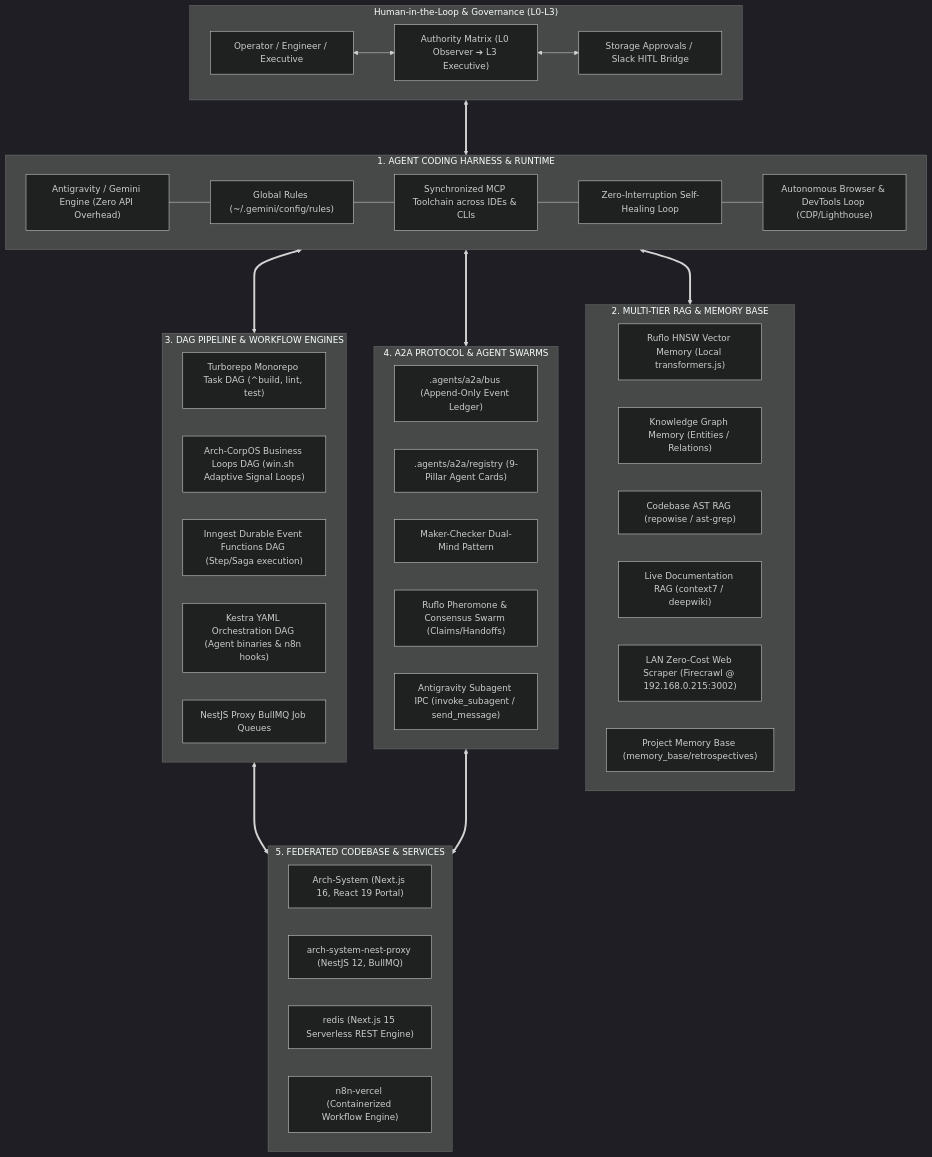
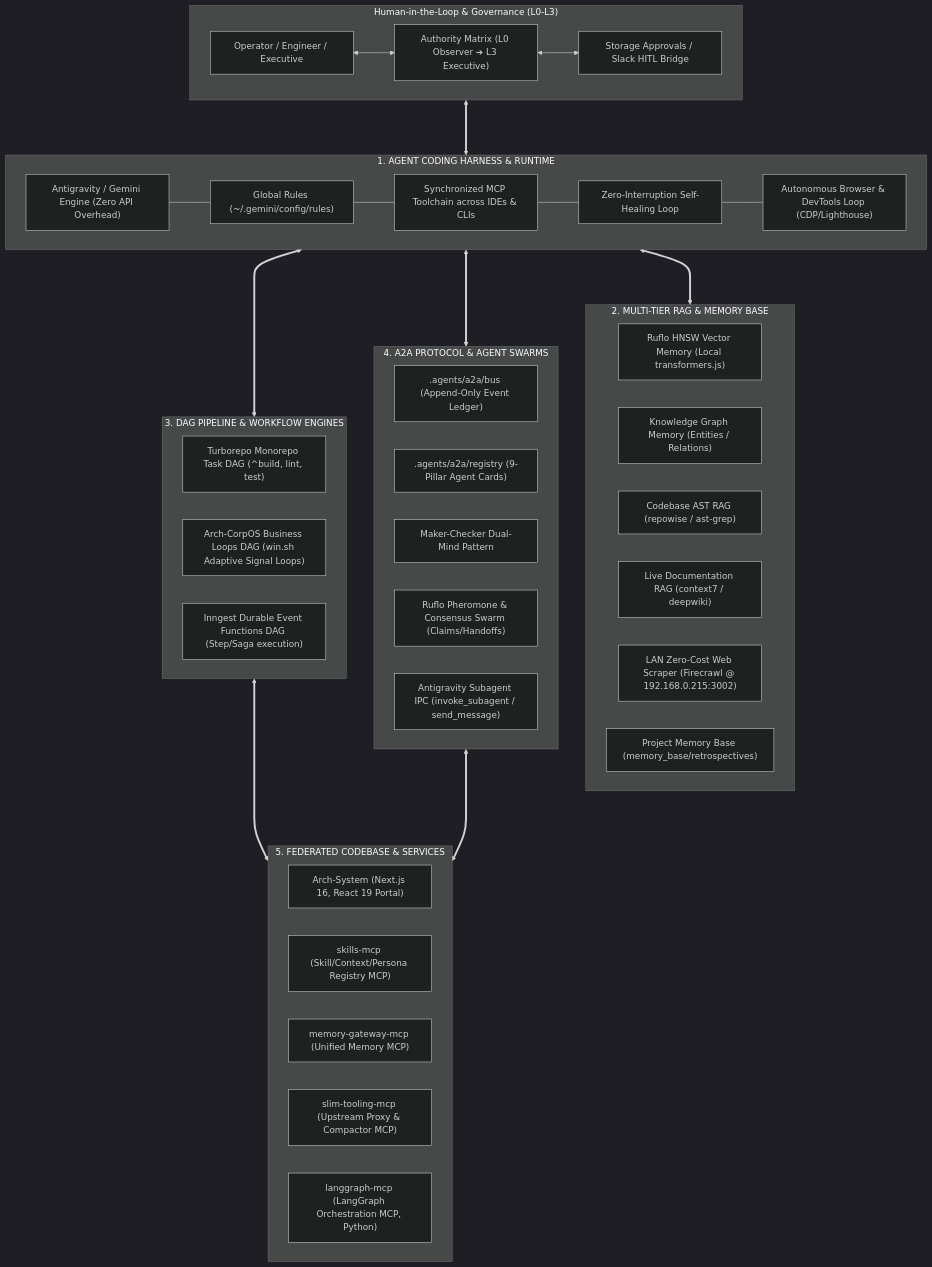
Before and after one commit to Timothy191/Arch-System: the first of 3 diagrams in .agents/SYSTEMS.md, drawn with Mermaid (dark theme). The commit also changed other lines of this file and 27 other files, not shown here.

````diff
--- a/.agents/SYSTEMS.md
+++ b/.agents/SYSTEMS.md
@@ -14,57 +14,56 @@
 ```mermaid
 flowchart TD
     subgraph HumanLayer ["Human-in-the-Loop & Governance (L0-L3)"]
         User["Operator / Engineer / Executive"]
         AuthGate["Authority Matrix (L0 Observer ➔ L3 Executive)"]
         ApprovalQueue["Storage Approvals / Slack HITL Bridge"]
         User <--> AuthGate <--> ApprovalQueue
     end
 
     subgraph AgentHarness ["1. AGENT CODING HARNESS & RUNTIME"]
         Engine["Antigravity / Gemini Engine (Zero API Overhead)"]
         Directives["Global Rules (~/.gemini/config/rules)"]
         SyncMCP["Synchronized MCP Toolchain across IDEs & CLIs"]
         SelfHealing["Zero-Interruption Self-Healing Loop"]
         BrowserLoop["Autonomous Browser & DevTools Loop (CDP/Lighthouse)"]
         Engine --- Directives --- SyncMCP --- SelfHealing --- BrowserLoop
     end
 
     subgraph MemoryRAG ["2. MULTI-TIER RAG & MEMORY BASE"]
         RufloVector["Ruflo HNSW Vector Memory (Local transformers.js)"]
         KGMemory["Knowledge Graph Memory (Entities / Relations)"]
         AST_RAG["Codebase AST RAG (repowise / ast-grep)"]
         DocRAG["Live Documentation RAG (context7 / deepwiki)"]
         ScrapeRAG["LAN Zero-Cost Web Scraper (Firecrawl @ 192.168.0.215:3002)"]
         RepoRetros["Project Memory Base (memory_base/retrospectives)"]
     end
 
     subgraph DAGWorkflows ["3. DAG PIPELINE & WORKFLOW ENGINES"]
         TurboDAG["Turborepo Monorepo Task DAG (^build, lint, test)"]
         CorpOSDAG["Arch-CorpOS Business Loops DAG (win.sh Adaptive Signal Loops)"]
         InngestDAG["Inngest Durable Event Functions DAG (Step/Saga execution)"]
-        KestraDAG["Kestra YAML Orchestration DAG (Agent binaries & n8n hooks)"]
-        BullMQDAG["NestJS Proxy BullMQ Job Queues"]
     end
 
     subgraph A2A_Swarm ["4. A2A PROTOCOL & AGENT SWARMS"]
         A2ABus[".agents/a2a/bus (Append-Only Event Ledger)"]
         A2ARegistry[".agents/a2a/registry (9-Pillar Agent Cards)"]
         MakerChecker["Maker-Checker Dual-Mind Pattern"]
         RufloSwarm["Ruflo Pheromone & Consensus Swarm (Claims/Handoffs)"]
         SubagentIPC["Antigravity Subagent IPC (invoke_subagent / send_message)"]
     end
 
     subgraph FederatedServices ["5. FEDERATED CODEBASE & SERVICES"]
         ArchPortal["Arch-System (Next.js 16, React 19 Portal)"]
-        NestProxy["arch-system-nest-proxy (NestJS 12, BullMQ)"]
-        RedisREST["redis (Next.js 15 Serverless REST Engine)"]
-        N8nEngine["n8n-vercel (Containerized Workflow Engine)"]
+        SkillsMCP["skills-mcp (Skill/Context/Persona Registry MCP)"]
+        MemoryMCP["memory-gateway-mcp (Unified Memory MCP)"]
+        SlimMCP["slim-tooling-mcp (Upstream Proxy & Compactor MCP)"]
+        LangGraphMCP["langgraph-mcp (LangGraph Orchestration MCP, Python)"]
     end
 
     HumanLayer <===> AgentHarness
     AgentHarness <===> MemoryRAG
     AgentHarness <===> DAGWorkflows
     AgentHarness <===> A2A_Swarm
     DAGWorkflows <===> FederatedServices
     A2A_Swarm <===> FederatedServices
 ```
````
